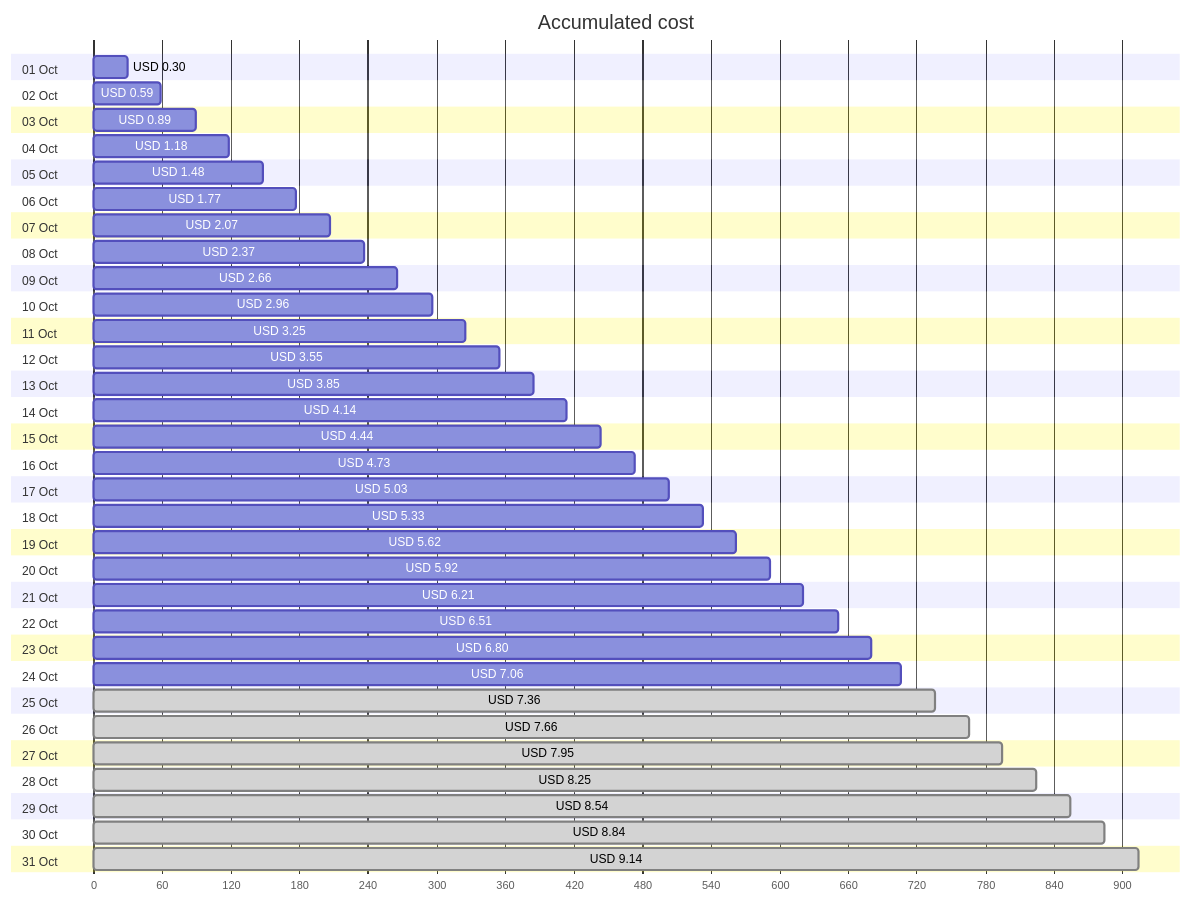
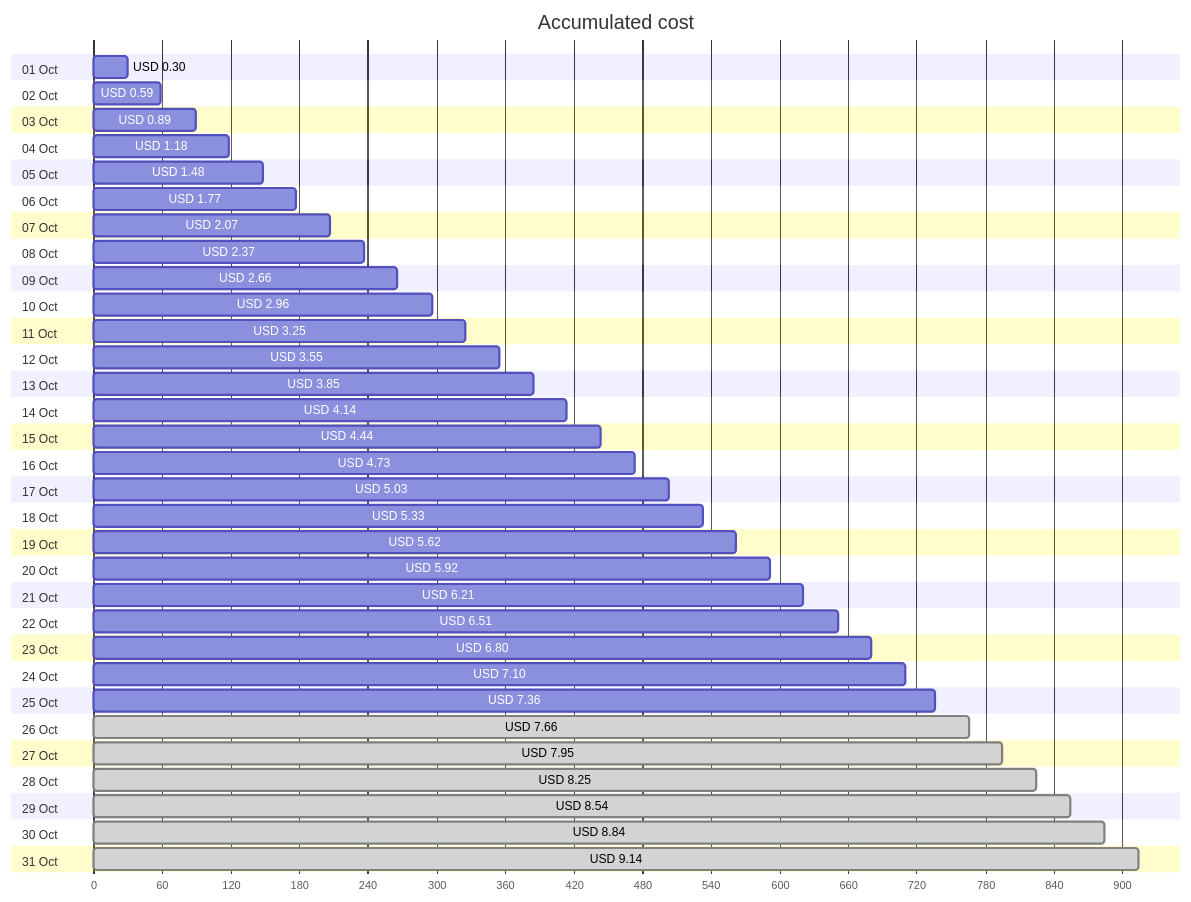
The first of 4 diagrams in cost-reports/personal-site/personal-site-preview.md (jpfulton/azure-personal-reports), drawn with Mermaid before and after one commit. The commit also changed other lines of this file and 7 other files, not shown here.

````diff
--- a/cost-reports/personal-site/personal-site-preview.md
+++ b/cost-reports/personal-site/personal-site-preview.md
@@ -20,68 +20,68 @@
 ```mermaid
 gantt
    title Accumulated cost
    dateFormat  X
    axisFormat %s
    section 01 Oct
    USD 0.30 :0, 30
    section 02 Oct
    USD 0.59 :0, 59
    section 03 Oct
    USD 0.89 :0, 89
    section 04 Oct
    USD 1.18 :0, 118
    section 05 Oct
    USD 1.48 :0, 148
    section 06 Oct
    USD 1.77 :0, 177
    section 07 Oct
    USD 2.07 :0, 207
    section 08 Oct
    USD 2.37 :0, 237
    section 09 Oct
    USD 2.66 :0, 266
    section 10 Oct
    USD 2.96 :0, 296
    section 11 Oct
    USD 3.25 :0, 325
    section 12 Oct
    USD 3.55 :0, 355
    section 13 Oct
    USD 3.85 :0, 385
    section 14 Oct
    USD 4.14 :0, 414
    section 15 Oct
    USD 4.44 :0, 444
    section 16 Oct
    USD 4.73 :0, 473
    section 17 Oct
    USD 5.03 :0, 503
    section 18 Oct
    USD 5.33 :0, 533
    section 19 Oct
    USD 5.62 :0, 562
    section 20 Oct
    USD 5.92 :0, 592
    section 21 Oct
    USD 6.21 :0, 621
    section 22 Oct
    USD 6.51 :0, 651
    section 23 Oct
    USD 6.80 :0, 680
    section 24 Oct
-   USD 7.06 :0, 706
+   USD 7.10 :0, 710
    section 25 Oct
-   USD 7.36 : done, 0, 736
+   USD 7.36 :0, 736
    section 26 Oct
    USD 7.66 : done, 0, 766
    section 27 Oct
    USD 7.95 : done, 0, 795
    section 28 Oct
    USD 8.25 : done, 0, 825
    section 29 Oct
    USD 8.54 : done, 0, 854
    section 30 Oct
    USD 8.84 : done, 0, 884
    section 31 Oct
    USD 9.14 : done, 0, 914
 ```
````
